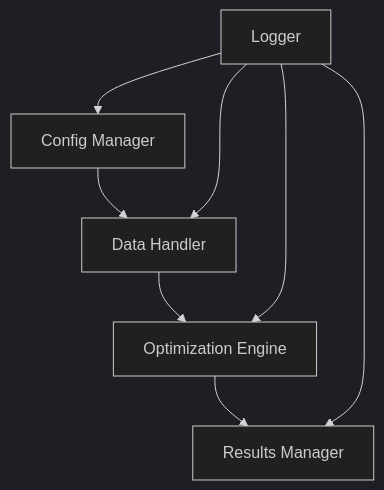
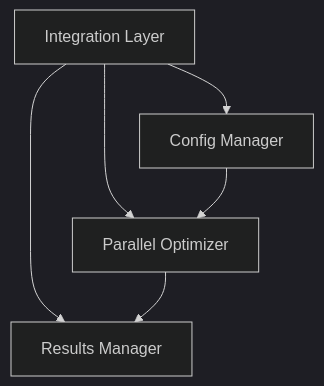
One commit to marwinsteiner/hyperopter changed the diagram in README.md. Above: the diagram before and after it, drawn with Mermaid (dark theme). The commit also changed other lines of this file, not shown here.

````diff
--- a/README.md
+++ b/README.md
@@ -91,10 +108,8 @@
 ```mermaid
 graph TD
-    A[Config Manager] --> B[Data Handler]
-    B --> C[Optimization Engine]
-    C --> D[Results Manager]
-    E[Logger] --> A
-    E --> B
-    E --> C
-    E --> D
+    A[Integration Layer] --> B[Parallel Optimizer]
+    A --> C[Results Manager]
+    A --> D[Config Manager]
+    B --> C
+    D --> B
 ```
````
